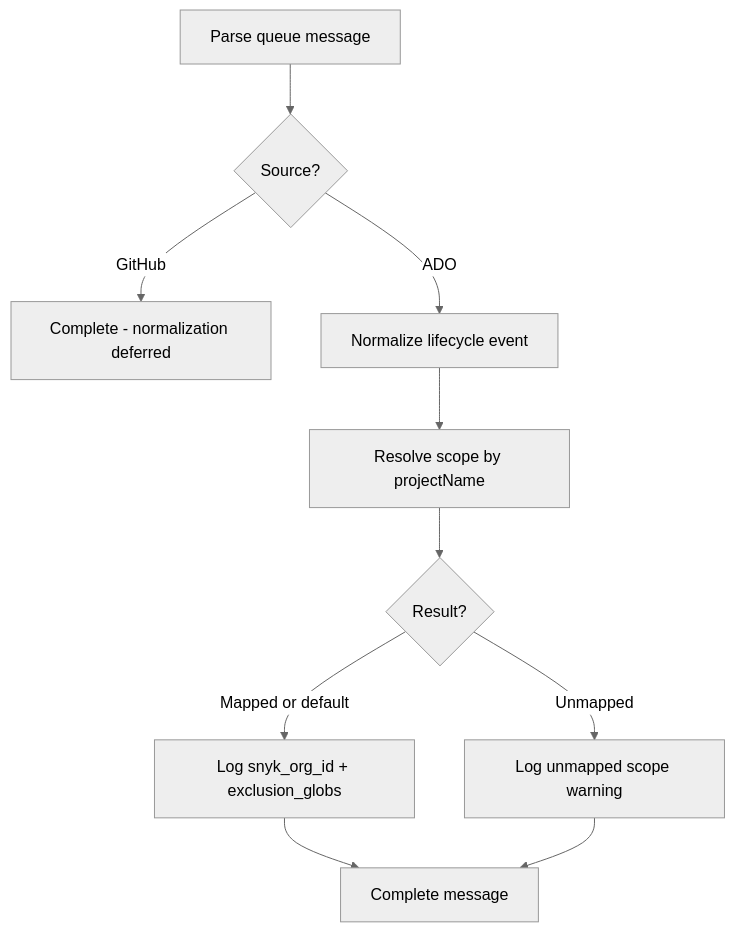
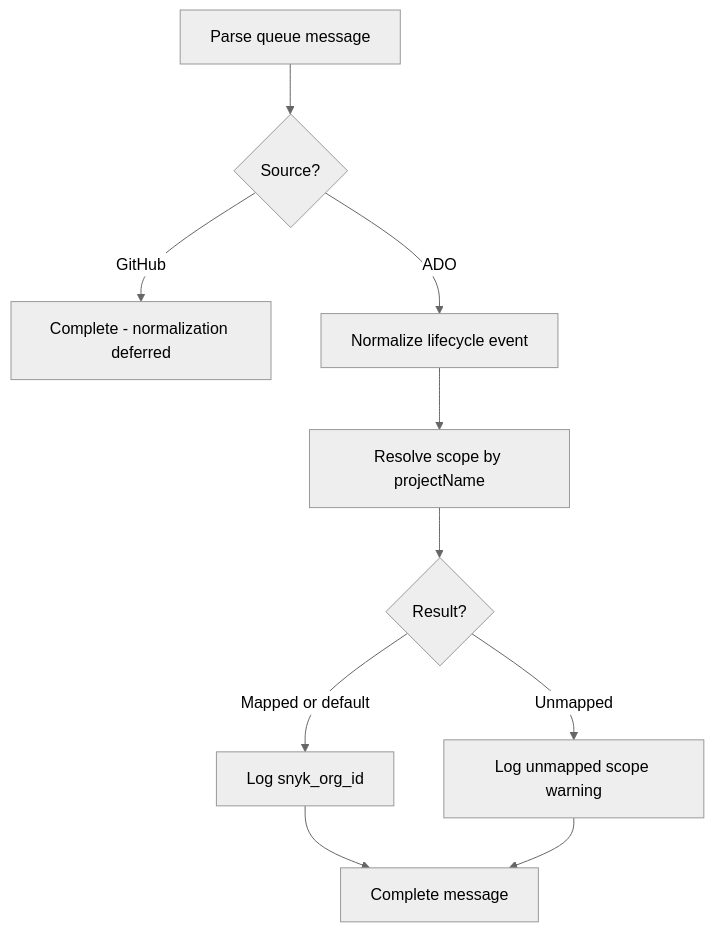
Before and after one commit to snyk-ps/snyk-repo-sync: the diagram in openspec/changes/scope-mapping-config/design.md, drawn with Mermaid (neutral theme). The commit also changed other lines of this file and 18 other files, not shown here.

````diff
--- a/openspec/changes/scope-mapping-config/design.md
+++ b/openspec/changes/scope-mapping-config/design.md
@@ -99,12 +93,12 @@
 ```mermaid
 flowchart TD
   A[Parse queue message] --> B{Source?}
   B -->|GitHub| C[Complete - normalization deferred]
   B -->|ADO| D[Normalize lifecycle event]
   D --> E[Resolve scope by projectName]
   E --> F{Result?}
-  F -->|Mapped or default| G[Log snyk_org_id + exclusion_globs]
+  F -->|Mapped or default| G[Log snyk_org_id]
   F -->|Unmapped| H[Log unmapped scope warning]
   G --> I[Complete message]
   H --> I
 ```
````
